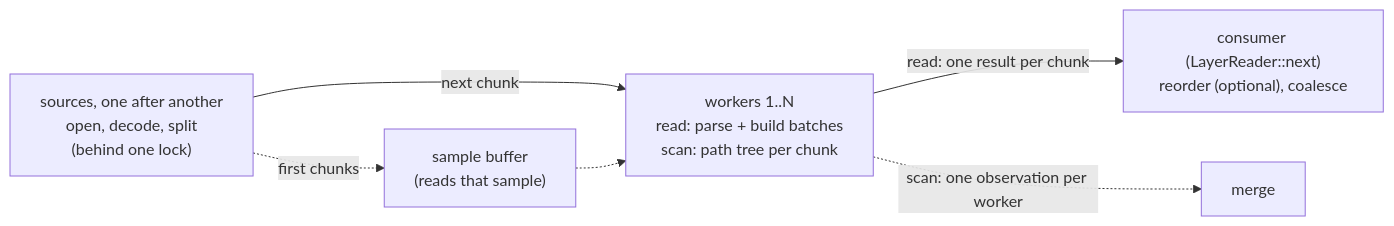
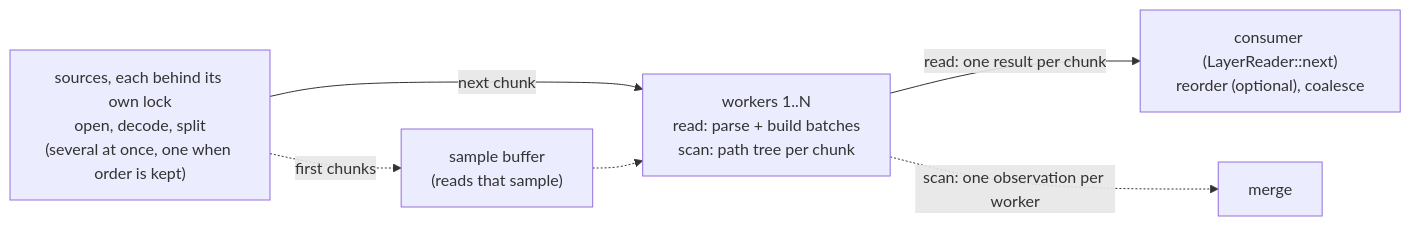
Before and after one commit to ttomasz/xeibe: the third of 3 diagrams in docs/architecture.md, drawn with Mermaid. The commit also changed other lines of this file and 6 other files, not shown here.

First line of the commit message:
Keep the input order only when asked: preserve_order off by default

````diff
--- a/docs/architecture.md
+++ b/docs/architecture.md
@@ -398,7 +398,7 @@
 ```mermaid
 flowchart LR
-    src["sources, one after another<br/>open, decode, split<br/>(behind one lock)"] -->|"next chunk"| w["workers 1..N<br/>read: parse + build batches<br/>scan: path tree per chunk"]
+    src["sources, each behind its own lock<br/>open, decode, split<br/>(several at once, one when order is kept)"] -->|"next chunk"| w["workers 1..N<br/>read: parse + build batches<br/>scan: path tree per chunk"]
     src -. "first chunks" .-> sample["sample buffer<br/>(reads that sample)"] -.-> w
     w -->|"read: one result per chunk"| c["consumer (LayerReader::next)<br/>reorder (optional), coalesce"]
     w -.->|"scan: one observation per worker"| merge["merge"]
 ```
````
